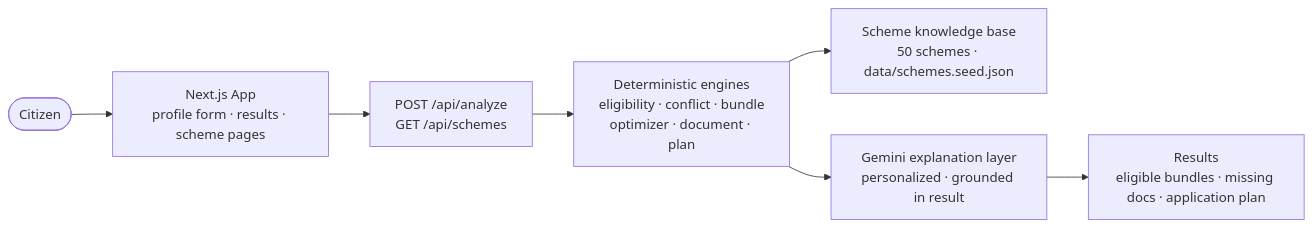
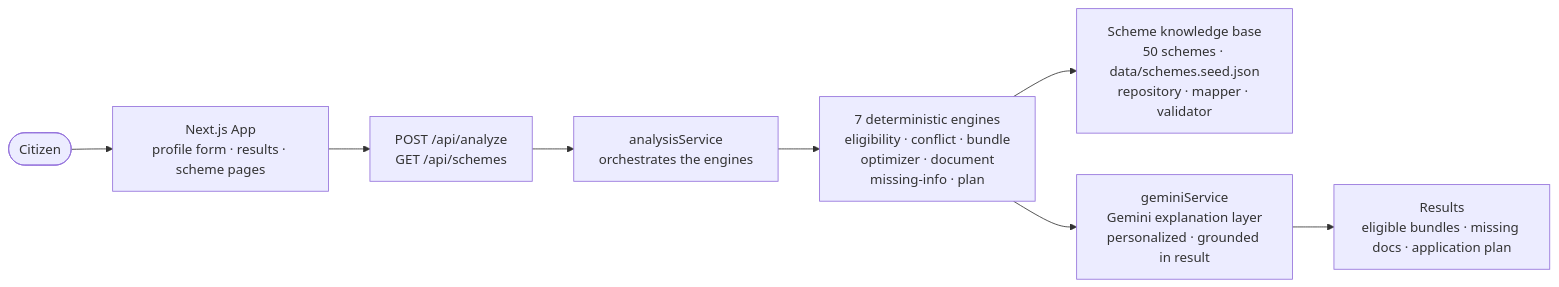
Before and after one commit to thiteswapnil1212-hue/skill-sathi: the third of 3 diagrams in README.md, drawn with Mermaid. The commit also changed other lines of this file, not shown here.

Commit message:
Docs: README with sequence diagram, verified 50-scheme dataset and honest limits

````diff
--- a/README.md
+++ b/README.md
@@ -111,9 +194,10 @@
 ```mermaid
 flowchart LR
     Citizen([Citizen]) --> App["Next.js App<br/>profile form · results · scheme pages"]
     App --> API["POST /api/analyze<br/>GET /api/schemes"]
-    API --> Engines["Deterministic engines<br/>eligibility · conflict · bundle<br/>optimizer · document · plan"]
-    Engines --> KB["Scheme knowledge base<br/>50 schemes · data/schemes.seed.json"]
-    Engines --> Explain["Gemini explanation layer<br/>personalized · grounded in result"]
+    API --> Svc["analysisService<br/>orchestrates the engines"]
+    Svc --> Engines["7 deterministic engines<br/>eligibility · conflict · bundle<br/>optimizer · document<br/>missing-info · plan"]
+    Engines --> KB["Scheme knowledge base<br/>50 schemes · data/schemes.seed.json<br/>repository · mapper · validator"]
+    Engines --> Explain["geminiService<br/>Gemini explanation layer<br/>personalized · grounded in result"]
     Explain --> Out["Results<br/>eligible bundles · missing docs · application plan"]
 ```
````
